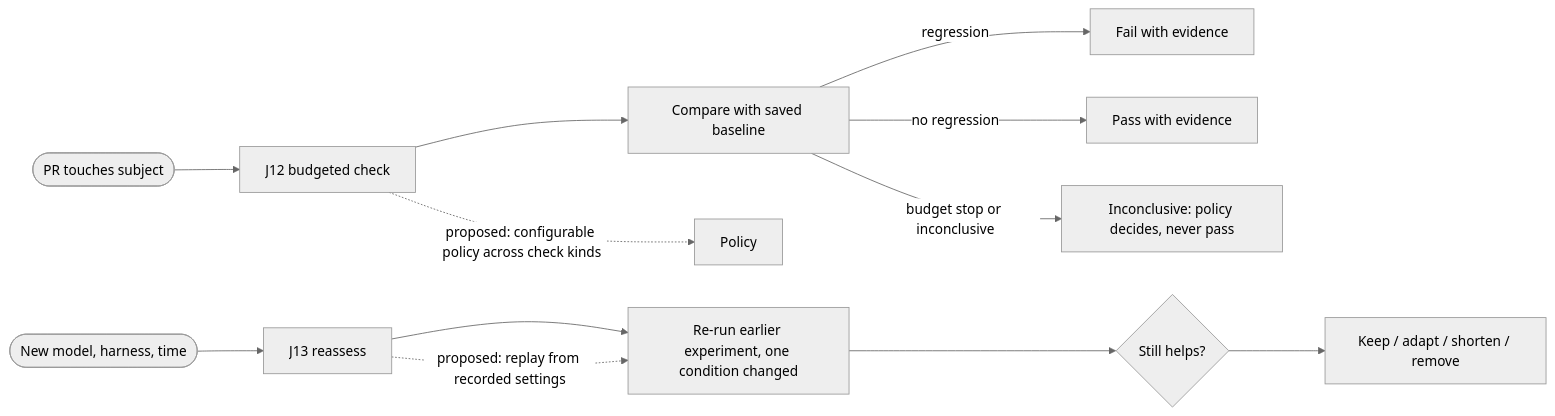
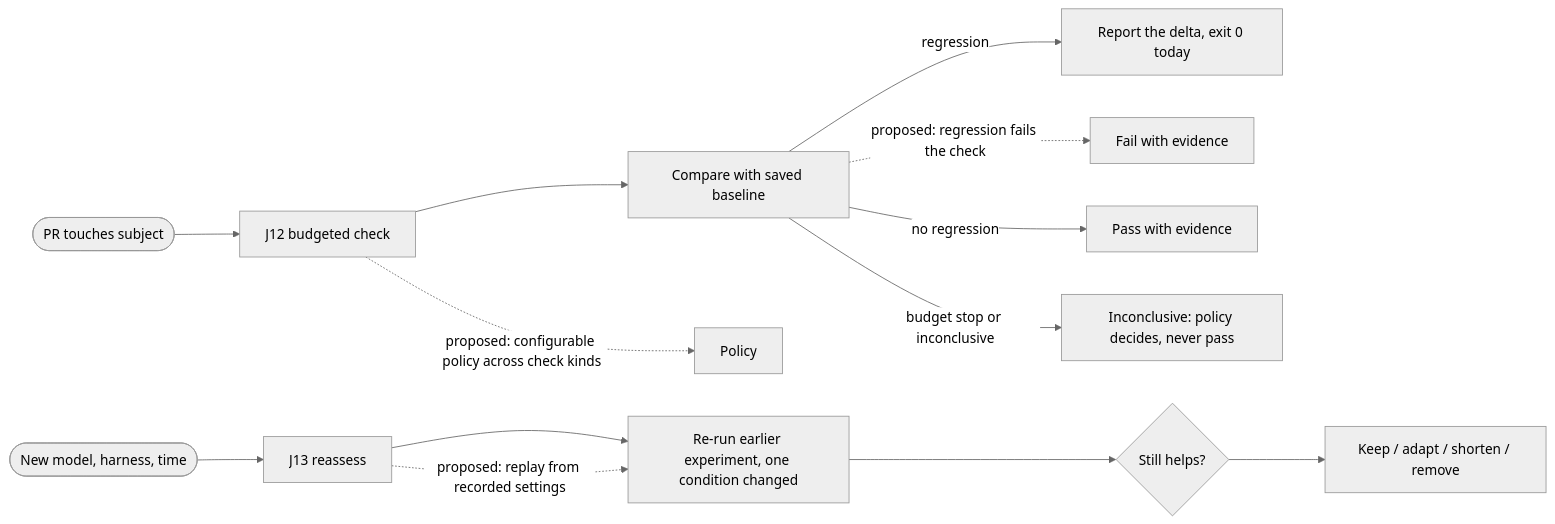
The fourth of 6 diagrams in dokimi/docs/user-journeys/flow-map.md (intel/dokimi), drawn with Mermaid (neutral theme) before and after one commit. The commit also changed 2 other files, not shown here.

Commit message:
docs(journeys): mark the J12 regression gate proposed
baseline compare --strict exits 0 on a regression; only an unverified or
mismatched model fails it. Register AC-J12-001 and AC-J12-002 as
delivery: proposed with gaps, and say in journeys.md and flow-map.md that
failing on a regression is proposed, not current.

````diff
--- a/dokimi/docs/user-journeys/flow-map.md
+++ b/dokimi/docs/user-journeys/flow-map.md
@@ -69,14 +69,15 @@
 ```mermaid
 flowchart LR
     pr([PR touches subject]) --> J12[J12 budgeted check]
     J12 --> base[Compare with saved baseline]
-    base -->|regression| fail[Fail with evidence]
+    base -->|regression| report[Report the delta, exit 0 today]
+    base -. proposed: regression fails the check .-> fail[Fail with evidence]
     base -->|no regression| pass[Pass with evidence]
     base -->|budget stop or inconclusive| inc[Inconclusive: policy decides, never pass]
     J12 -. proposed: configurable policy across check kinds .-> policy[Policy]
     time([New model, harness, time]) --> J13[J13 reassess]
     J13 --> rerun[Re-run earlier experiment, one condition changed]
     J13 -. proposed: replay from recorded settings .-> rerun
     rerun --> verdict{Still helps?}
     verdict --> keepit[Keep / adapt / shorten / remove]
 ```
````
